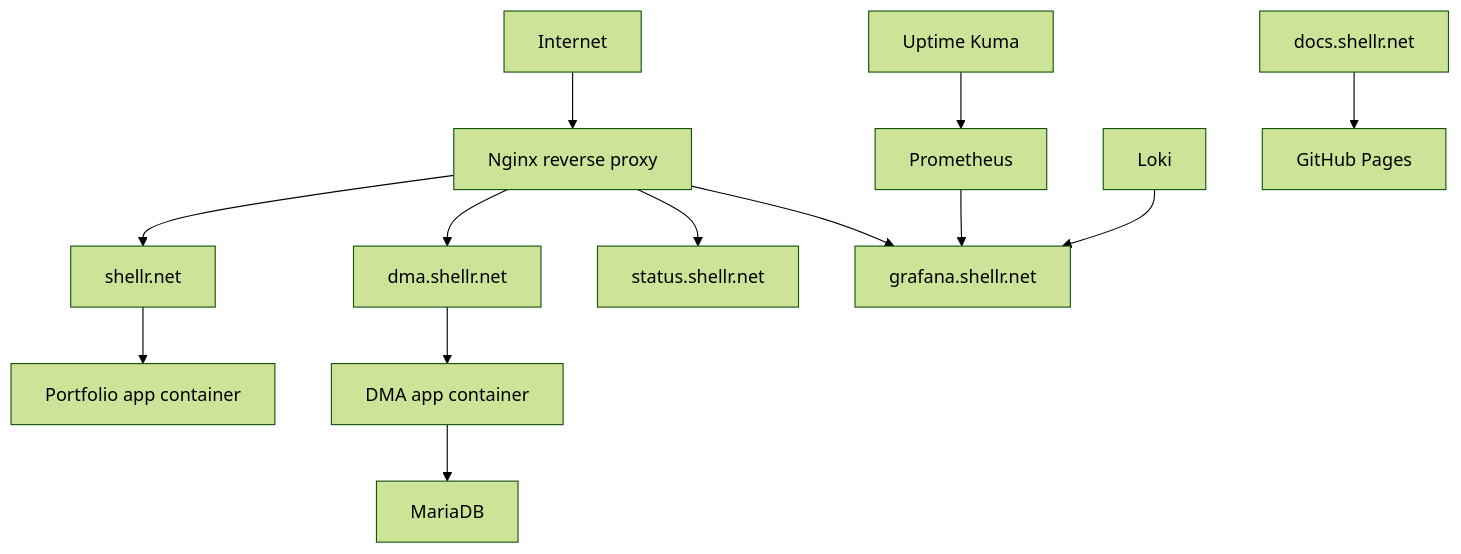
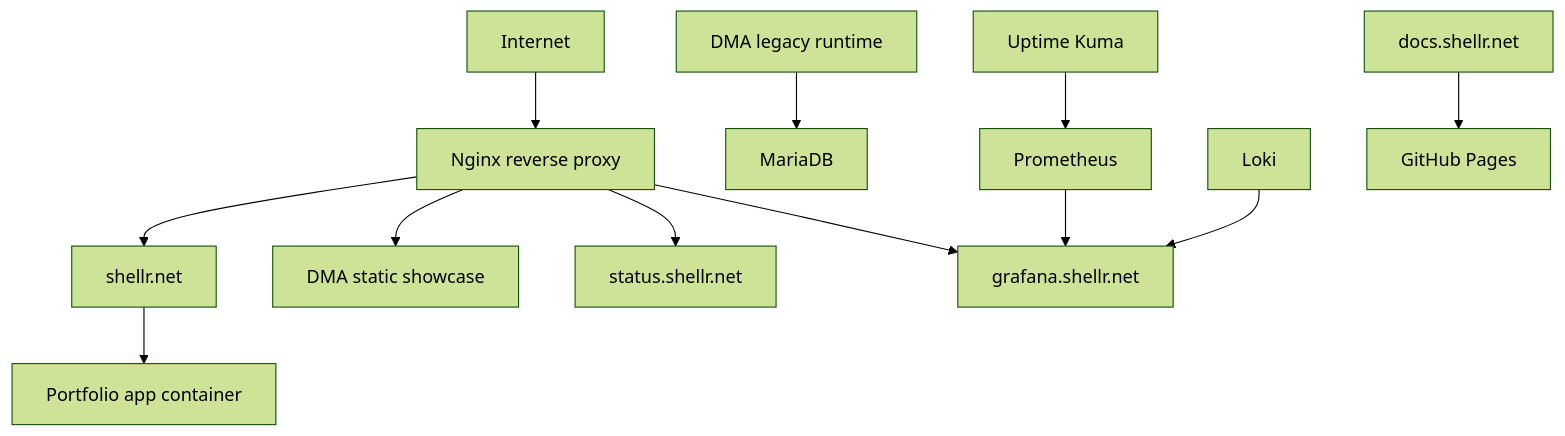
Before and after one commit to marshellr/genesis: the diagram in README.md, drawn with Mermaid (forest theme). The commit also changed other lines of this file and 16 other files, not shown here.

````diff
--- a/README.md
+++ b/README.md
@@ -17,15 +17,14 @@
 ```mermaid
 flowchart TD
     Internet --> Nginx["Nginx reverse proxy"]
     Nginx --> Shellr["shellr.net"]
-    Nginx --> DMA["dma.shellr.net"]
+    Nginx --> DMA["DMA static showcase"]
     Nginx --> Status["status.shellr.net"]
     Nginx --> Grafana["grafana.shellr.net"]
     Shellr --> App["Portfolio app container"]
-    DMA --> DmaApp["DMA app container"]
-    DmaApp --> DB["MariaDB"]
+    DmaApp["DMA legacy runtime"] --> DB["MariaDB"]
     Prom["Prometheus"] --> Grafana
     Kuma["Uptime Kuma"] --> Prom
     Loki["Loki"] --> Grafana
     Docs["docs.shellr.net"] --> Pages["GitHub Pages"]
 ```
````
